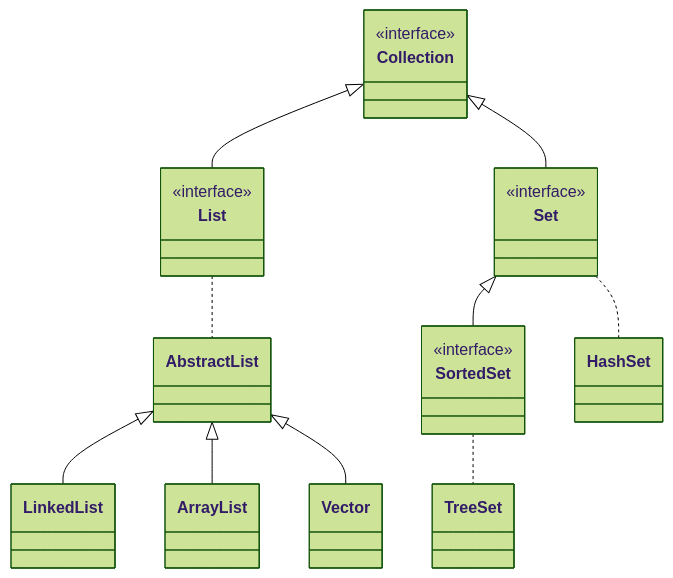
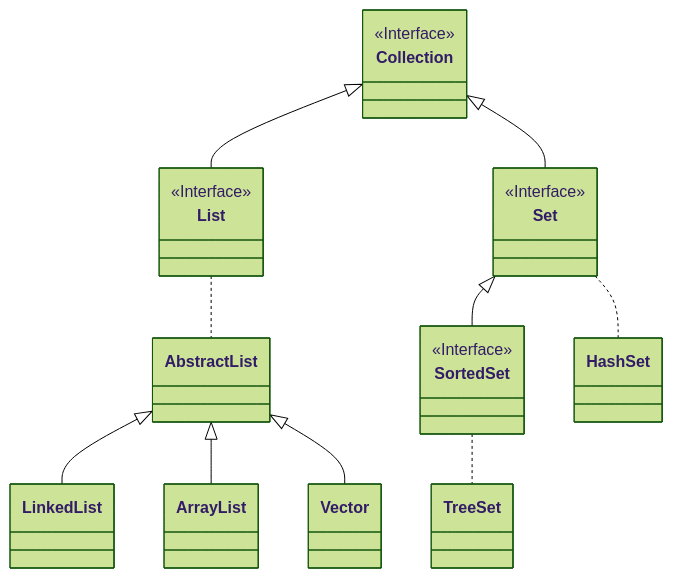
Before and after one commit to anchung/ob-technical: the diagram in src/site/notes/Books/2024/Java In a Nutshell/Chapter 8 - Working with Java Collections 1.md, drawn with Mermaid (forest theme).

Commit message:
Published multiple files

````diff
--- a/src/site/notes/Books/2024/Java In a Nutshell/Chapter 8 - Working with Java Collections 1.md
+++ b/src/site/notes/Books/2024/Java In a Nutshell/Chapter 8 - Working with Java Collections 1.md
@@ -9,20 +9,23 @@
 ```mermaid
+---
+Collection
+---
 classDiagram
 Collection <|-- List
 Collection <|-- Set
 
 List .. AbstractList
 
 AbstractList <|-- LinkedList
 AbstractList <|-- ArrayList
 AbstractList <|-- Vector
 
 Set <|-- SortedSet
 Set .. HashSet
 SortedSet .. TreeSet
 
-<<interface>> Collection
-<<interface>> List
-<<interface>> Set
-<<interface>> SortedSet
+<<Interface>> Collection
+<<Interface>> List
+<<Interface>> Set
+<<Interface>> SortedSet
 ```
````
